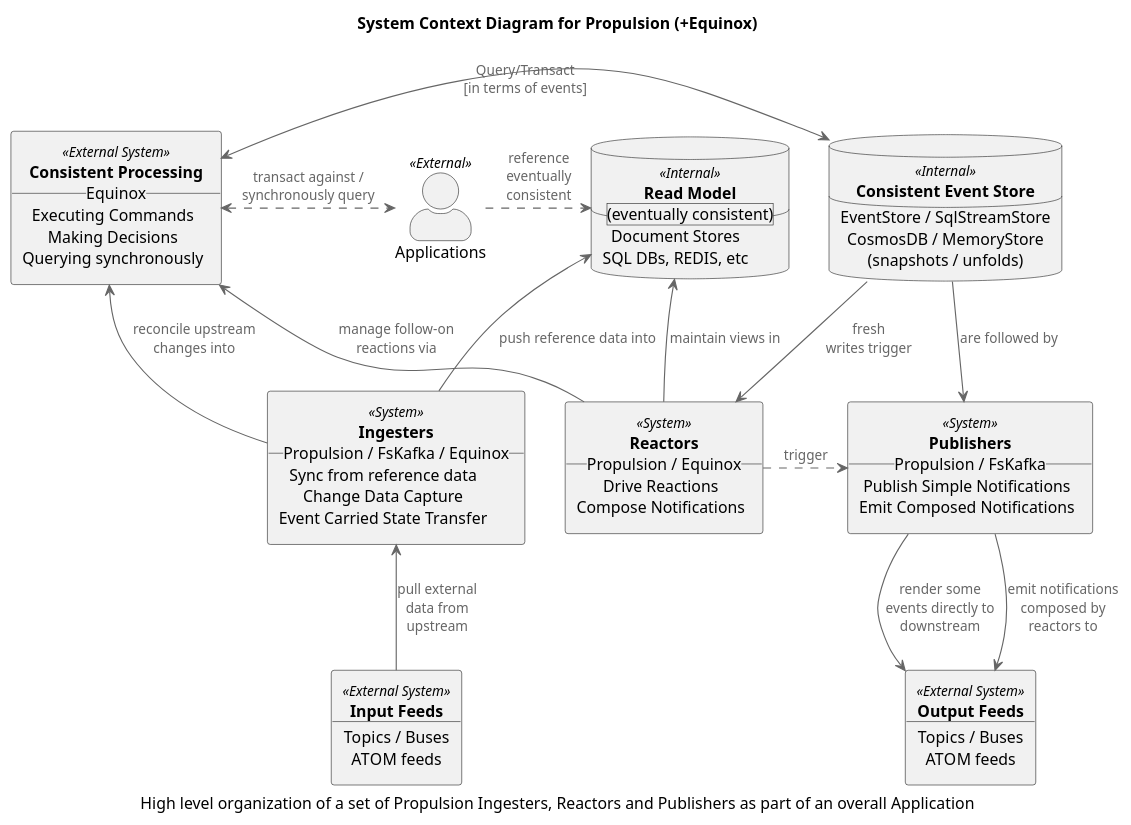
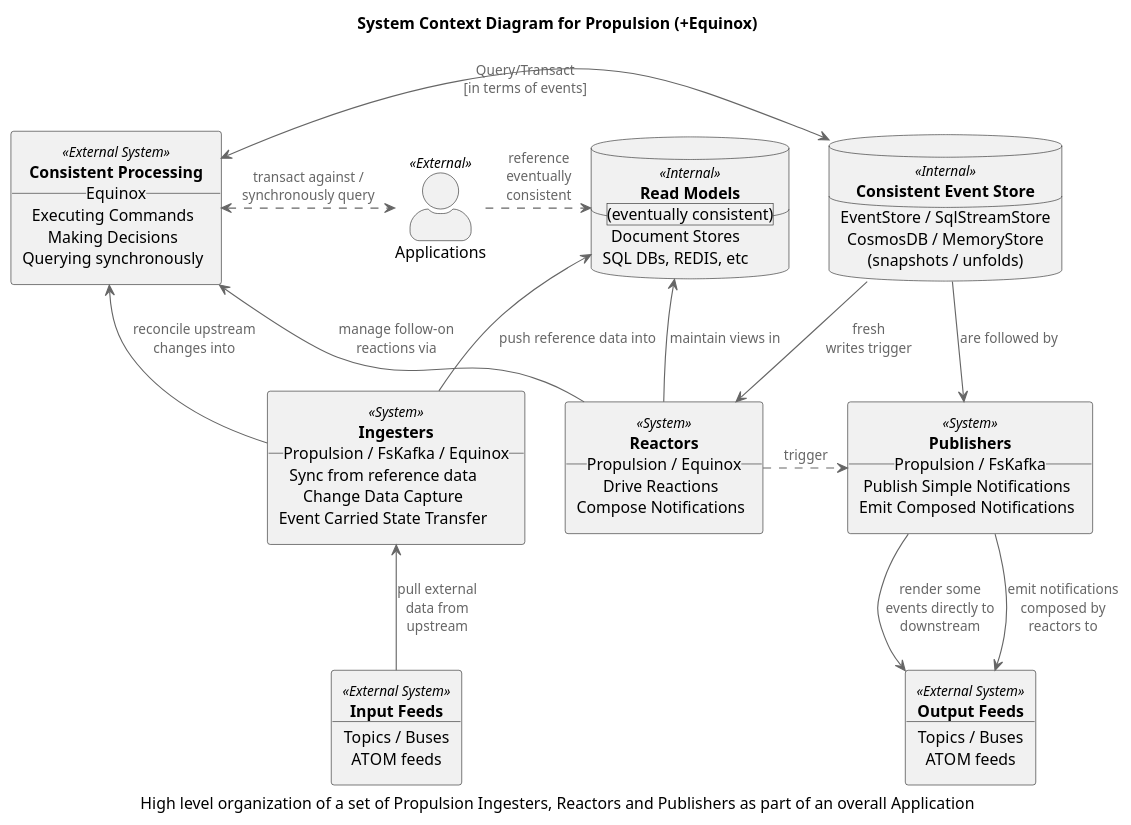
Before and after one commit to jet/propulsion: the diagram in diagrams/context.puml, drawn with PlantUML. The commit also changed 3 other files, not shown here.

```diff
--- a/diagrams/context.puml
+++ b/diagrams/context.puml
@@ -1,87 +1,87 @@
 @startuml
 !includeurl https://raw.githubusercontent.com/skleanthous/C4-PlantumlSkin/master/build/output/c4.puml
 
 title System Context Diagram for Propulsion (+Equinox)
 caption High level organization of a set of Propulsion Ingesters, Reactors and Publishers as part of an overall Application
 
 actor "Applications" <<External>> as apps
 
 rectangle services <<External System>> [
     **Consistent Processing**
     __Equinox__
     Executing Commands
     Making Decisions
     Querying synchronously
 ]
 
 database stores <<Internal>> [
     **Consistent Event Store**
     ____
     EventStore / SqlStreamStore
     CosmosDB / MemoryStore
     (snapshots / unfolds)
 ]
 
 database caches <<Internal>> [
-    **Read Model**
+    **Read Models**
     __(eventually consistent)__
     Document Stores 
     SQL DBs, REDIS, etc
 ]
 
 together {
     rectangle ingesters <<System>> [
         **Ingesters**
         __Propulsion / FsKafka / Equinox__
         Sync from reference data
         Change Data Capture
         Event Carried State Transfer
     ]
     rectangle reactors <<System>> [
         **Reactors**
         __Propulsion / Equinox__
         Drive Reactions
         Compose Notifications
     ]
     rectangle publishers <<System>> [
         **Publishers**
         __Propulsion / FsKafka__
         Publish Simple Notifications
         Emit Composed Notifications
     ]
 }
 
 rectangle inputs <<External System>> [
     **Input Feeds**
     ____
     Topics / Buses
     ATOM feeds 
 ]
 
 rectangle outputs <<External System>> [
     **Output Feeds**
     ____
     Topics / Buses
     ATOM feeds
 ]
 
 apps          .> caches     : reference\neventually\nconsistent
 apps       <.L.> services   : transact against /\nsynchronously query
 
 services   <-R-> stores     : Query/Transact\n[in terms of events]
 
 stores       --> publishers : are followed by
 stores       --> reactors   : fresh\nwrites trigger
 
 ingesters  <--   inputs     : pull external\ndata from\nupstream
 ingesters    --> services   : reconcile upstream\nchanges into
 ingesters   -U-> caches     : push reference data into
 
 reactors     --> services   : manage follow-on reactions via
 reactors    -U-> caches     : maintain views in
 reactors      .> publishers : trigger
 
 publishers   --> outputs    : emit notifications composed by\nreactors to
 publishers   --> outputs    : render some\nevents directly to downstream
 
 @enduml
```
